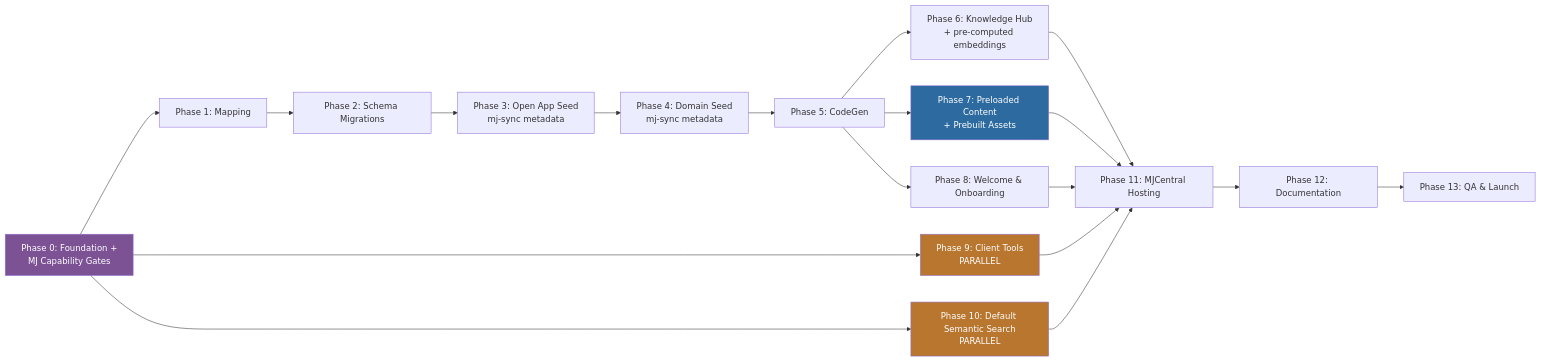
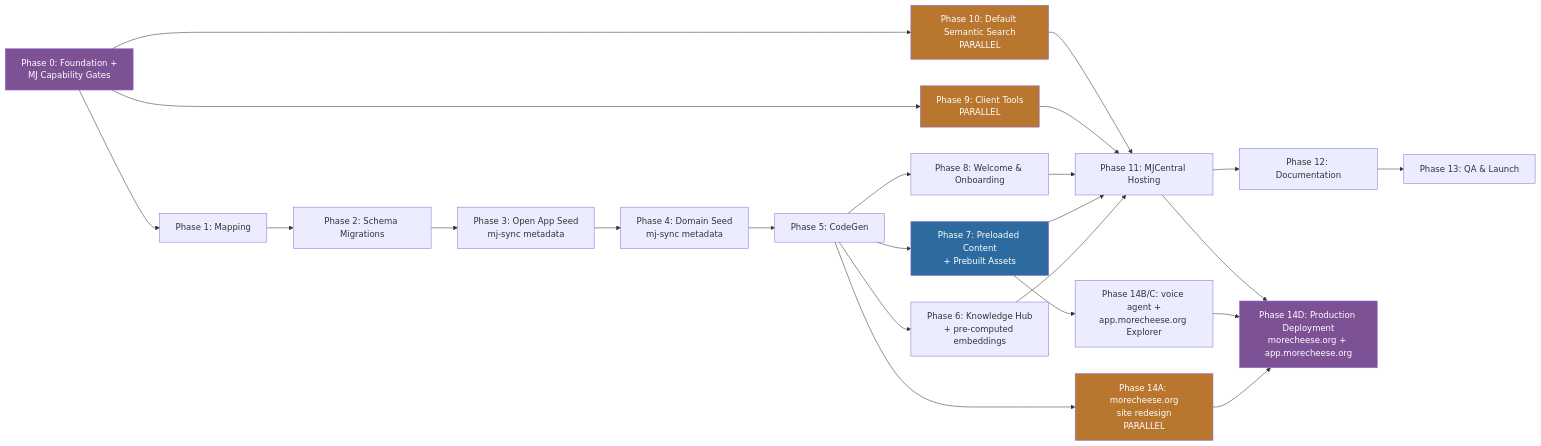
Before and after one commit to MemberJunction/MJ: the eighth of 8 diagrams in plans/association-db/v2-plan.md, drawn with Mermaid. The commit also changed other lines of this file, not shown here.

````diff
--- a/plans/association-db/v2-plan.md
+++ b/plans/association-db/v2-plan.md
@@ -1303,25 +1380,32 @@
 ```mermaid
 flowchart LR
     P0[Phase 0: Foundation +<br/>MJ Capability Gates] --> P1[Phase 1: Mapping]
     P1 --> P2[Phase 2: Schema Migrations]
     P2 --> P3[Phase 3: Open App Seed<br/>mj-sync metadata]
     P3 --> P4[Phase 4: Domain Seed<br/>mj-sync metadata]
     P4 --> P5[Phase 5: CodeGen]
     P5 --> P6[Phase 6: Knowledge Hub<br/>+ pre-computed embeddings]
     P5 --> P7[Phase 7: Preloaded Content<br/>+ Prebuilt Assets]
     P5 --> P8[Phase 8: Welcome & Onboarding]
     P0 --> P9[Phase 9: Client Tools<br/>PARALLEL]
     P0 --> P10[Phase 10: Default Semantic Search<br/>PARALLEL]
     P6 --> P11[Phase 11: MJCentral Hosting]
     P7 --> P11
     P8 --> P11
     P9 --> P11
     P10 --> P11
     P11 --> P12[Phase 12: Documentation]
     P12 --> P13[Phase 13: QA & Launch]
+    P5 --> P14A[Phase 14A: morecheese.org<br/>site redesign<br/>PARALLEL]
+    P7 --> P14B[Phase 14B/C: voice agent +<br/>app.morecheese.org Explorer]
+    P14A --> P14D[Phase 14D: Production Deployment<br/>morecheese.org + app.morecheese.org]
+    P14B --> P14D
+    P11 --> P14D
 
     style P9 fill:#b8762f,color:#fff
     style P10 fill:#b8762f,color:#fff
+    style P14A fill:#b8762f,color:#fff
     style P0 fill:#7c5295,color:#fff
     style P7 fill:#2d6a9f,color:#fff
+    style P14D fill:#7c5295,color:#fff
 ```
````
